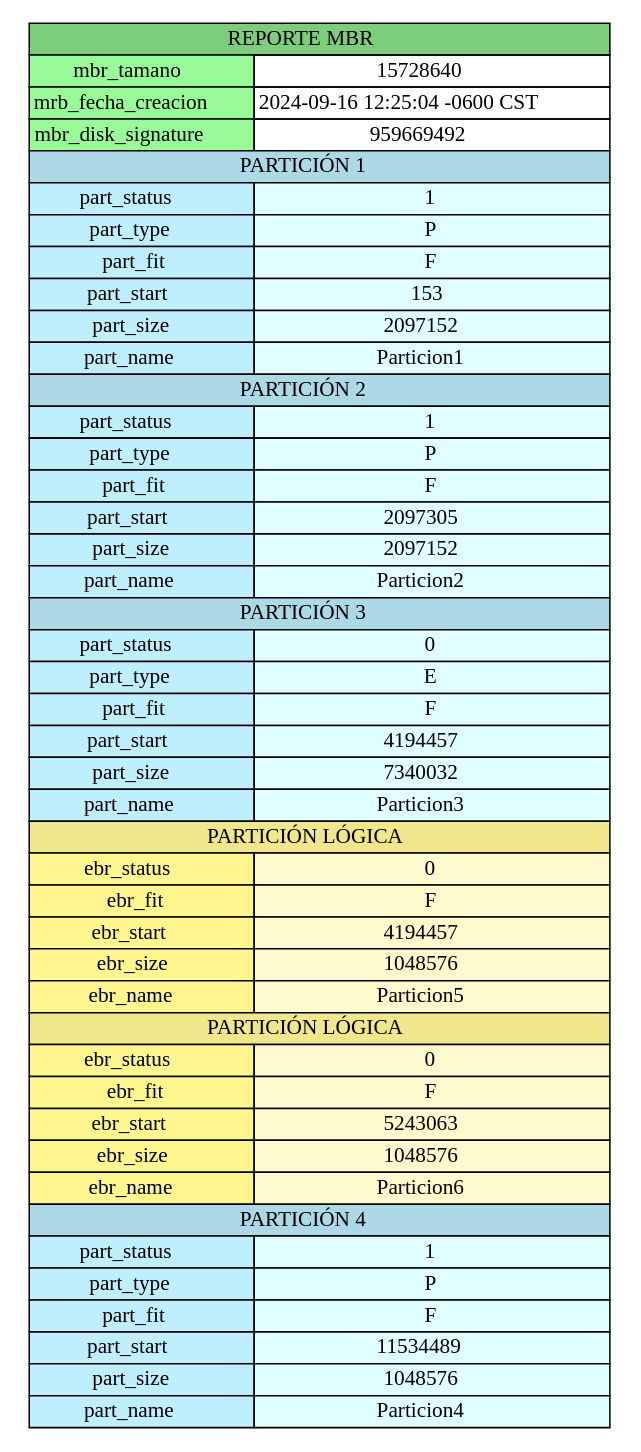
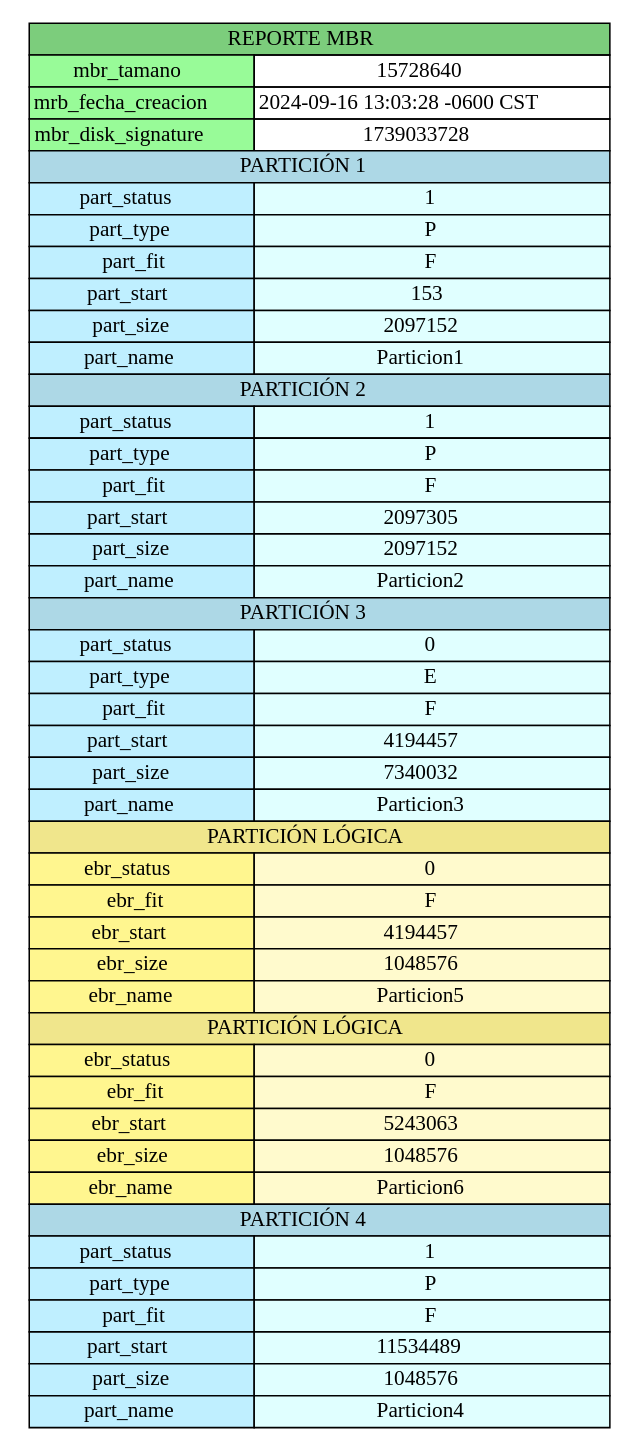
Before and after one commit to MMP119/MIA_2S_P1_202110509: the diagram in server/output/mbr1.dot, drawn with Graphviz. The commit also changed 10 other files, not shown here.

```diff
--- a/server/output/mbr1.dot
+++ b/server/output/mbr1.dot
@@ -1,55 +1,55 @@
 digraph G {
         node [shape=plaintext]
         tabla [label=<
             <table border="0" cellborder="1" cellspacing="0">
                 <tr><td colspan="2" bgcolor="palegreen3"> REPORTE MBR </td></tr>
                 <tr><td bgcolor ="palegreen">mbr_tamano</td><td>15728640</td></tr>
-                <tr><td bgcolor ="palegreen">mrb_fecha_creacion</td><td>2024-09-16 12:25:04 -0600 CST</td></tr>
-                <tr><td bgcolor ="palegreen">mbr_disk_signature</td><td>959669492</td></tr>
+                <tr><td bgcolor ="palegreen">mrb_fecha_creacion</td><td>2024-09-16 13:03:28 -0600 CST</td></tr>
+                <tr><td bgcolor ="palegreen">mbr_disk_signature</td><td>1739033728</td></tr>
             
 				<tr><td colspan="2" bgcolor = "lightblue"> PARTICIÓN 1 </td></tr>
 				<tr><td bgcolor = "lightblue1">part_status</td><td bgcolor = "lightcyan">1</td></tr>
 				<tr><td bgcolor = "lightblue1">part_type</td><td bgcolor = "lightcyan">P</td></tr>
 				<tr><td bgcolor = "lightblue1">part_fit</td><td bgcolor = "lightcyan">F</td></tr>
 				<tr><td bgcolor = "lightblue1">part_start</td><td bgcolor = "lightcyan">153</td></tr>
 				<tr><td bgcolor = "lightblue1">part_size</td><td bgcolor = "lightcyan">2097152</td></tr>
 				<tr><td bgcolor = "lightblue1">part_name</td><td bgcolor = "lightcyan">Particion1</td></tr>
 			
 				<tr><td colspan="2" bgcolor = "lightblue"> PARTICIÓN 2 </td></tr>
 				<tr><td bgcolor = "lightblue1">part_status</td><td bgcolor = "lightcyan">1</td></tr>
 				<tr><td bgcolor = "lightblue1">part_type</td><td bgcolor = "lightcyan">P</td></tr>
 				<tr><td bgcolor = "lightblue1">part_fit</td><td bgcolor = "lightcyan">F</td></tr>
 				<tr><td bgcolor = "lightblue1">part_start</td><td bgcolor = "lightcyan">2097305</td></tr>
 				<tr><td bgcolor = "lightblue1">part_size</td><td bgcolor = "lightcyan">2097152</td></tr>
 				<tr><td bgcolor = "lightblue1">part_name</td><td bgcolor = "lightcyan">Particion2</td></tr>
 			
 				<tr><td colspan="2" bgcolor = "lightblue"> PARTICIÓN 3 </td></tr>
 				<tr><td bgcolor = "lightblue1">part_status</td><td bgcolor = "lightcyan">0</td></tr>
 				<tr><td bgcolor = "lightblue1">part_type</td><td bgcolor = "lightcyan">E</td></tr>
 				<tr><td bgcolor = "lightblue1">part_fit</td><td bgcolor = "lightcyan">F</td></tr>
 				<tr><td bgcolor = "lightblue1">part_start</td><td bgcolor = "lightcyan">4194457</td></tr>
 				<tr><td bgcolor = "lightblue1">part_size</td><td bgcolor = "lightcyan">7340032</td></tr>
 				<tr><td bgcolor = "lightblue1">part_name</td><td bgcolor = "lightcyan">Particion3</td></tr>
 			
 					<tr><td colspan="2" bgcolor="khaki"> PARTICIÓN LÓGICA</td></tr>
 					<tr><td bgcolor="khaki1">ebr_status</td><td bgcolor="lemonchiffon">0</td></tr>
 					<tr><td bgcolor="khaki1">ebr_fit</td><td bgcolor="lemonchiffon">F</td></tr>
 					<tr><td bgcolor="khaki1">ebr_start</td><td bgcolor="lemonchiffon">4194457</td></tr>
 					<tr><td bgcolor="khaki1">ebr_size</td><td bgcolor="lemonchiffon">1048576</td></tr>
 					<tr><td bgcolor="khaki1">ebr_name</td><td bgcolor="lemonchiffon">Particion5</td></tr>
 				
 					<tr><td colspan="2" bgcolor="khaki"> PARTICIÓN LÓGICA</td></tr>
 					<tr><td bgcolor="khaki1">ebr_status</td><td bgcolor="lemonchiffon">0</td></tr>
 					<tr><td bgcolor="khaki1">ebr_fit</td><td bgcolor="lemonchiffon">F</td></tr>
 					<tr><td bgcolor="khaki1">ebr_start</td><td bgcolor="lemonchiffon">5243063</td></tr>
 					<tr><td bgcolor="khaki1">ebr_size</td><td bgcolor="lemonchiffon">1048576</td></tr>
 					<tr><td bgcolor="khaki1">ebr_name</td><td bgcolor="lemonchiffon">Particion6</td></tr>
 				
 				<tr><td colspan="2" bgcolor = "lightblue"> PARTICIÓN 4 </td></tr>
 				<tr><td bgcolor = "lightblue1">part_status</td><td bgcolor = "lightcyan">1</td></tr>
 				<tr><td bgcolor = "lightblue1">part_type</td><td bgcolor = "lightcyan">P</td></tr>
 				<tr><td bgcolor = "lightblue1">part_fit</td><td bgcolor = "lightcyan">F</td></tr>
 				<tr><td bgcolor = "lightblue1">part_start</td><td bgcolor = "lightcyan">11534489</td></tr>
 				<tr><td bgcolor = "lightblue1">part_size</td><td bgcolor = "lightcyan">1048576</td></tr>
 				<tr><td bgcolor = "lightblue1">part_name</td><td bgcolor = "lightcyan">Particion4</td></tr>
 			</table>>] }
```
